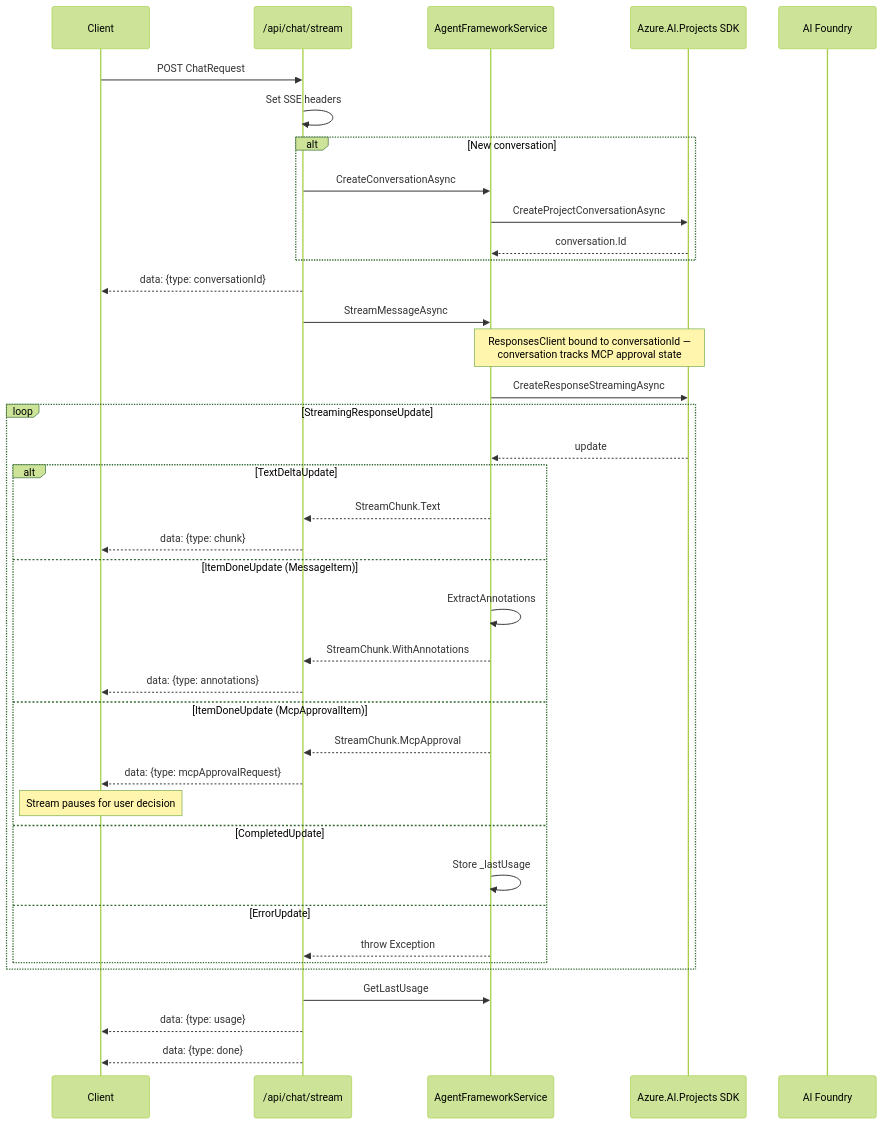
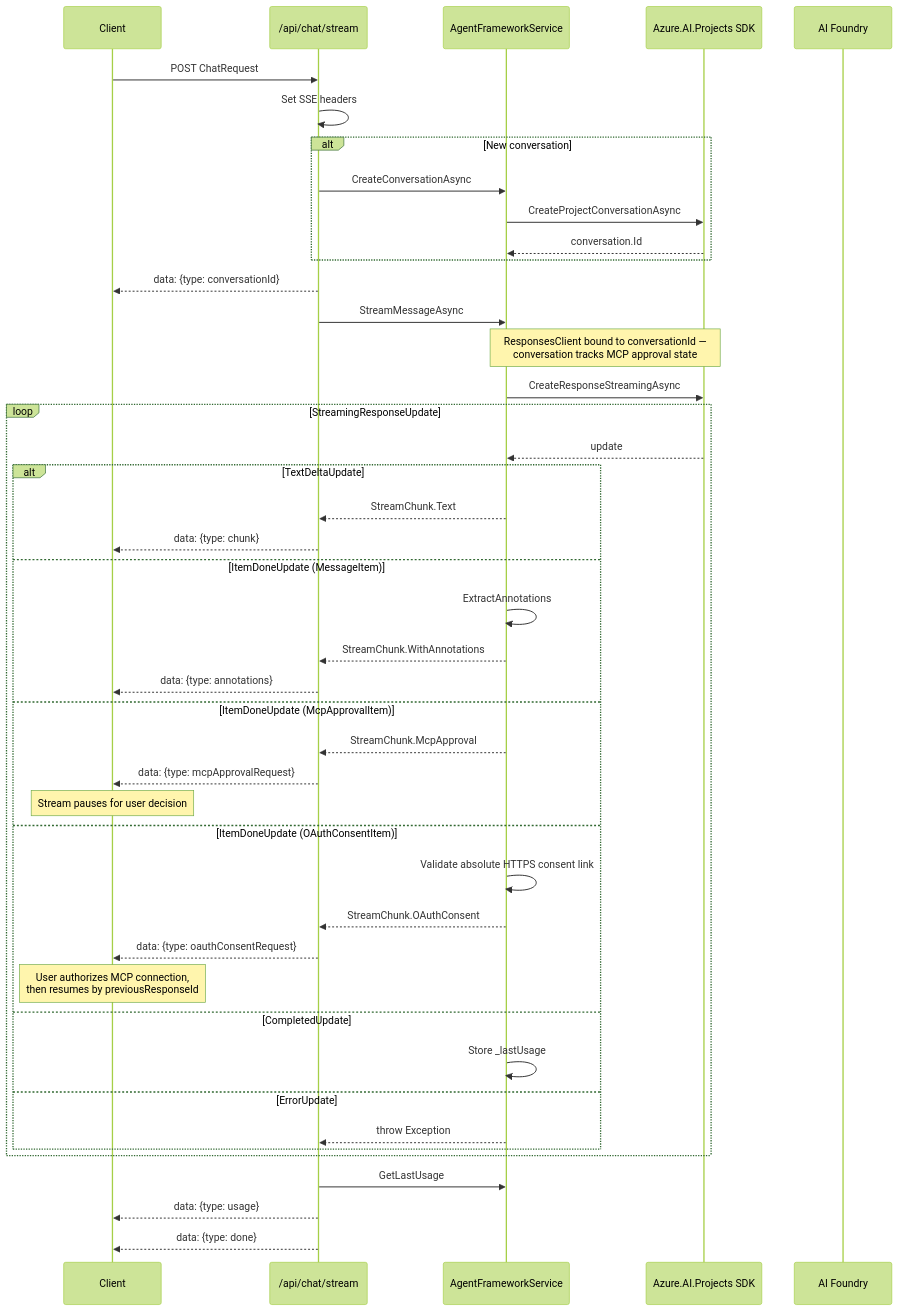
The fourth of 11 diagrams in ARCHITECTURE-FLOW.md (clarked-msft/foundry-agent-webapp), drawn with Mermaid (forest theme) before and after one commit. The commit also changed other lines of this file and 19 other files, not shown here.

First line of the commit message:
feat(mcp): handle OAuth consent requests

````diff
--- a/ARCHITECTURE-FLOW.md
+++ b/ARCHITECTURE-FLOW.md
@@ -116,48 +116,53 @@
 ```mermaid
 sequenceDiagram
     participant Client
     participant Handler as /api/chat/stream
     participant Service as AgentFrameworkService
     participant SDK as Azure.AI.Projects SDK
     participant Agent as AI Foundry
 
     Client->>Handler: POST ChatRequest
     Handler->>Handler: Set SSE headers
 
     alt New conversation
         Handler->>Service: CreateConversationAsync
         Service->>SDK: CreateProjectConversationAsync
         SDK-->>Service: conversation.Id
     end
 
     Handler-->>Client: data: {type: conversationId}
 
     Handler->>Service: StreamMessageAsync
     Note over Service,SDK: ResponsesClient bound to conversationId —<br/>conversation tracks MCP approval state
     Service->>SDK: CreateResponseStreamingAsync
 
     loop StreamingResponseUpdate
         SDK-->>Service: update
 
         alt TextDeltaUpdate
             Service-->>Handler: StreamChunk.Text
             Handler-->>Client: data: {type: chunk}
         else ItemDoneUpdate (MessageItem)
             Service->>Service: ExtractAnnotations
             Service-->>Handler: StreamChunk.WithAnnotations
             Handler-->>Client: data: {type: annotations}
         else ItemDoneUpdate (McpApprovalItem)
             Service-->>Handler: StreamChunk.McpApproval
             Handler-->>Client: data: {type: mcpApprovalRequest}
             Note over Client: Stream pauses for user decision
+        else ItemDoneUpdate (OAuthConsentItem)
+            Service->>Service: Validate absolute HTTPS consent link
+            Service-->>Handler: StreamChunk.OAuthConsent
+            Handler-->>Client: data: {type: oauthConsentRequest}
+            Note over Client: User authorizes MCP connection,<br/>then resumes by previousResponseId
         else CompletedUpdate
             Service->>Service: Store _lastUsage
         else ErrorUpdate
             Service-->>Handler: throw Exception
         end
     end
 
     Handler->>Service: GetLastUsage
     Handler-->>Client: data: {type: usage}
     Handler-->>Client: data: {type: done}
 ```
````
